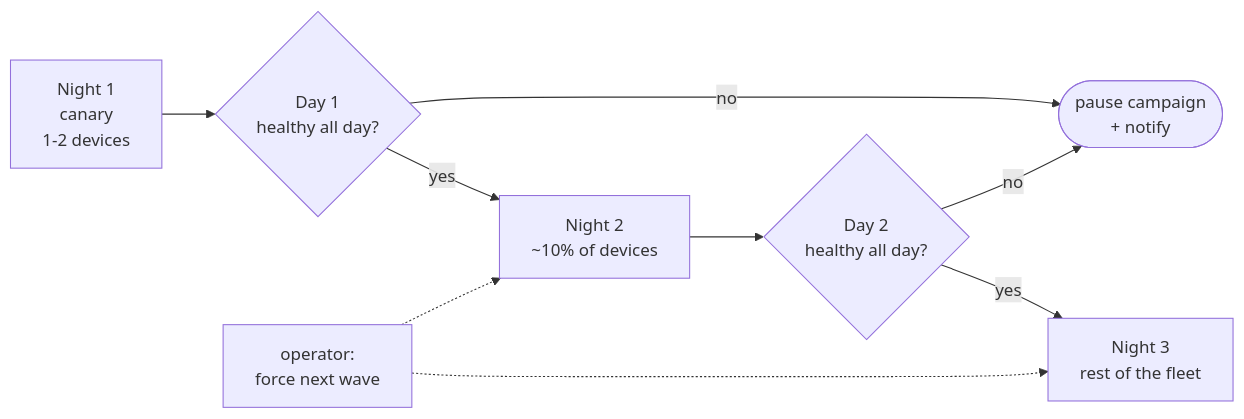
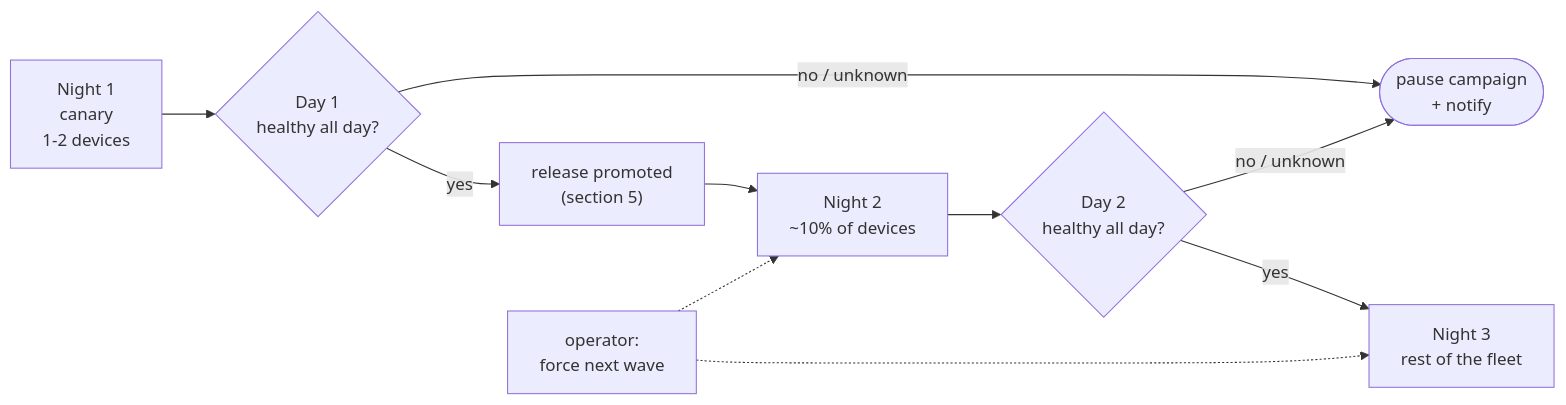
Before and after one commit to pyronear/pi-manager-template: the tenth of 13 diagrams in docs/ADR/fleet-api.md, drawn with Mermaid. The commit also changed other lines of this file, not shown here.

````diff
--- a/docs/ADR/fleet-api.md
+++ b/docs/ADR/fleet-api.md
@@ -317,10 +449,11 @@
 ```mermaid
 flowchart LR
     N1["Night 1<br/>canary<br/>1-2 devices"] --> D1{"Day 1<br/>healthy all day?"}
-    D1 -- no --> STOP(["pause campaign<br/>+ notify"])
-    D1 -- yes --> N2["Night 2<br/>~10% of devices"] --> D2{"Day 2<br/>healthy all day?"}
-    D2 -- no --> STOP
+    D1 -- "no / unknown" --> STOP(["pause campaign<br/>+ notify"])
+    D1 -- yes --> PROM["release promoted<br/>(section 5)"]
+    PROM --> N2["Night 2<br/>~10% of devices"] --> D2{"Day 2<br/>healthy all day?"}
+    D2 -- "no / unknown" --> STOP
     D2 -- yes --> N3["Night 3<br/>rest of the fleet"]
     FORCE["operator:<br/>force next wave"] -.-> N2
     FORCE -.-> N3
 ```
````
